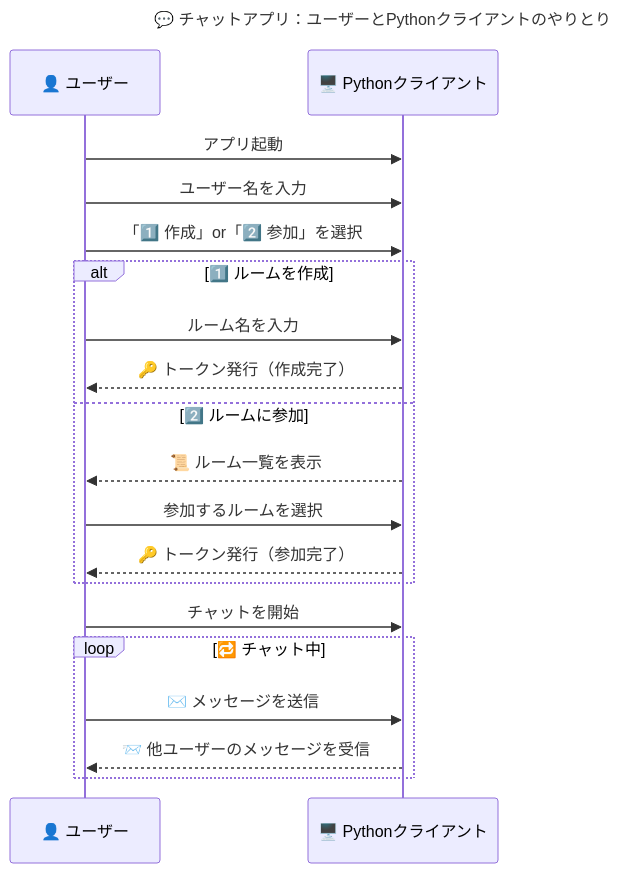
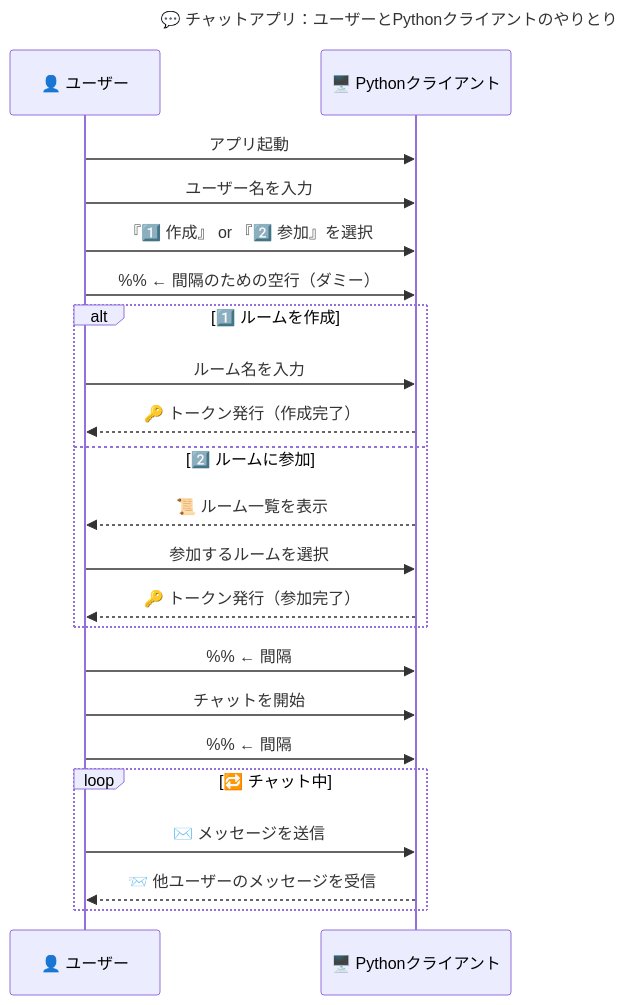
Before and after one commit to BackendExplorer/Tenshin: the first of 3 diagrams in README.md, drawn with Mermaid.

````diff
--- a/README.md
+++ b/README.md
@@ -1,70 +1,48 @@
 ```mermaid
 sequenceDiagram
     title 💬 チャットアプリ：ユーザーとPythonクライアントのやりとり
 
     participant ユーザー as 👤 ユーザー
     participant クライアント as 🖥️ Pythonクライアント
 
 
 
-    %% === 🚀 起動フェーズ ===
+    ユーザー ->> クライアント: アプリ起動
+    ユーザー ->> クライアント: ユーザー名を入力
+    ユーザー ->> クライアント: 『1️⃣ 作成』 or 『2️⃣ 参加』を選択
 
-    %% --- アプリ起動・ユーザー情報入力 ---
-    ユーザー ->> クライアント: アプリ起動
-
-    
-    ユーザー ->> クライアント: ユーザー名を入力
-
-    
-    ユーザー ->> クライアント: 「1️⃣ 作成」or「2️⃣ 参加」を選択
+    ユーザー ->> クライアント:   %% ← 間隔のための空行（ダミー）
 
 
 
-
-
-    %% === 🏠 ルーム選択フェーズ ===
-
     alt 1️⃣ ルームを作成
 
-        %% --- ルーム作成処理 ---
         ユーザー ->> クライアント: ルーム名を入力
-
-        
         クライアント -->> ユーザー: 🔑 トークン発行（作成完了）
 
     else 2️⃣ ルームに参加
 
-        %% --- ルーム参加処理 ---
         クライアント -->> ユーザー: 📜 ルーム一覧を表示
-
-        
         ユーザー ->> クライアント: 参加するルームを選択
-
-        
         クライアント -->> ユーザー: 🔑 トークン発行（参加完了）
     end
 
+    ユーザー ->> クライアント:   %% ← 間隔
 
 
 
+    ユーザー ->> クライアント: チャットを開始
 
-    %% === 💬 チャットフェーズ ===
-
-    %% --- チャット開始 ---
-    ユーザー ->> クライアント: チャットを開始
+    ユーザー ->> クライアント:   %% ← 間隔
 
 
 
-    %% --- チャットループ ---
     loop 🔁 チャット中
 
         ユーザー ->> クライアント: ✉️ メッセージを送信
 
-        
         クライアント -->> ユーザー: 📨 他ユーザーのメッセージを受信
     end
 
 
-
-
 ```
````
